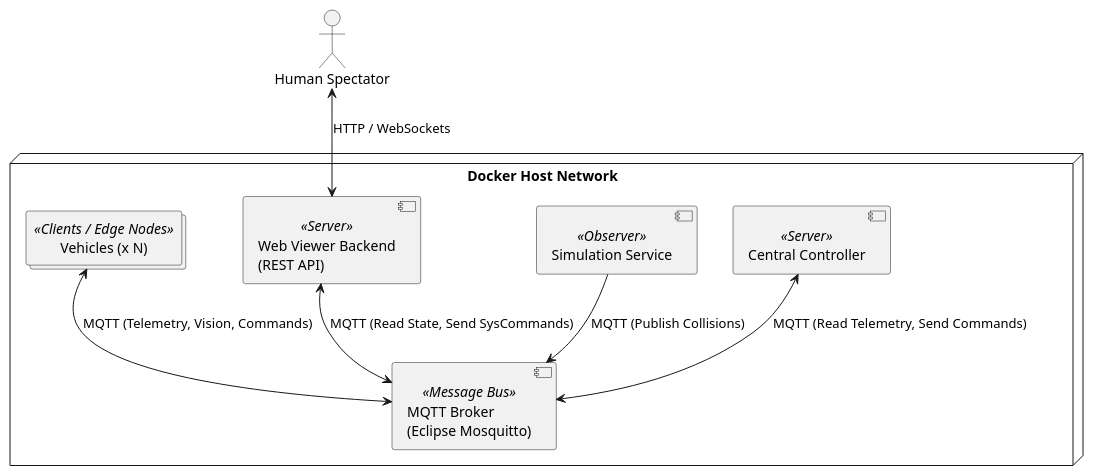
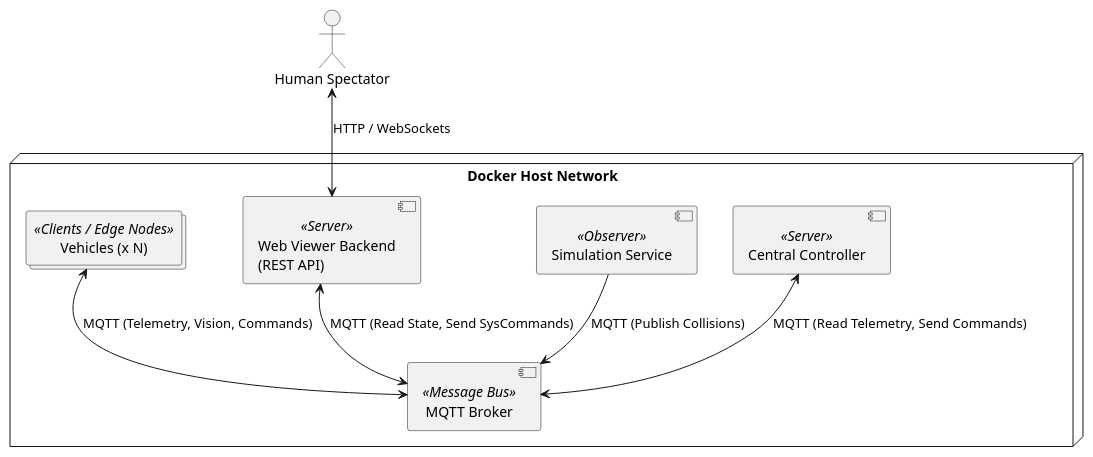
One commit to papum20/unibo__projects__distributed-report changed the diagram in diagrams/component-diagram.puml. Above: the diagram before and after it, drawn with PlantUML. The commit also changed 13 other files, not shown here.

```diff
--- a/diagrams/component-diagram.puml
+++ b/diagrams/component-diagram.puml
@@ -1,24 +1,24 @@
 @startuml
 skinparam componentStyle uml2
 
 node "Docker Host Network" {
-    component "MQTT Broker\n(Eclipse Mosquitto)" as Broker <<Message Bus>>
+    component "MQTT Broker" as Broker <<Message Bus>>
     
     component "Central Controller" as Controller <<Server>>
     
     component "Simulation Service" as Sim <<Observer>>
     
     component "Web Viewer Backend\n(REST API)" as WebViewer <<Server>>
     
     collections "Vehicles (x N)" as Vehicles <<Clients / Edge Nodes>>
 }
 
 actor "Human Spectator" as User
 
 Vehicles <--> Broker : MQTT (Telemetry, Vision, Commands)
 Controller <--> Broker : MQTT (Read Telemetry, Send Commands)
 Sim --> Broker : MQTT (Publish Collisions)
 WebViewer <--> Broker : MQTT (Read State, Send SysCommands)
 
 User <--> WebViewer : HTTP / WebSockets
 @enduml
```
